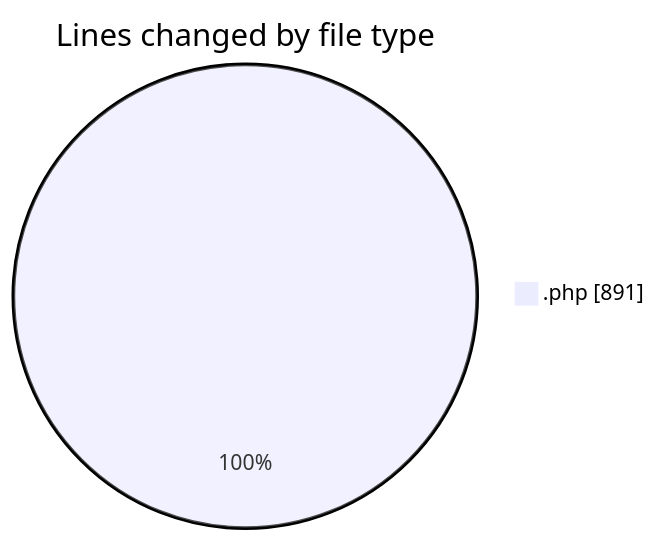
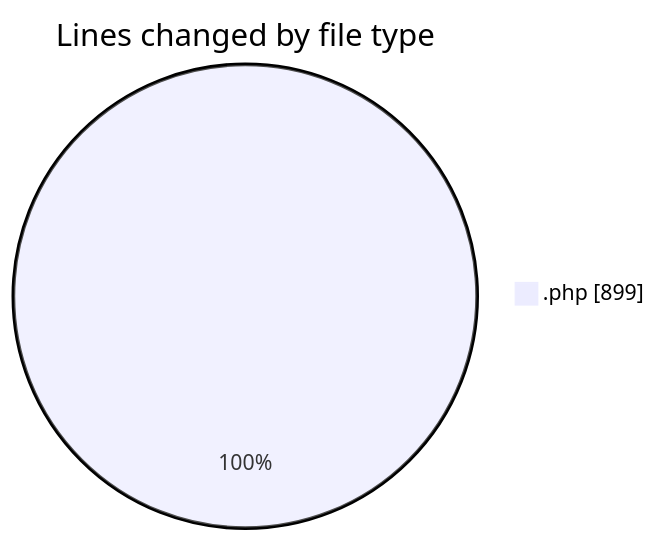
The first of 2 diagrams in 2026-09-16/untitled__workspace_/README.md (debugP/code-tracking), drawn with Mermaid before and after one commit. The commit also changed other lines of this file and 1 other file, not shown here.

````diff
--- a/2026-09-16/untitled__workspace_/README.md
+++ b/2026-09-16/untitled__workspace_/README.md
@@ -20,5 +21,5 @@
 ```mermaid
 pie showData
 title Lines changed by file type
-".php" : 891
+".php" : 899
 ```
````
